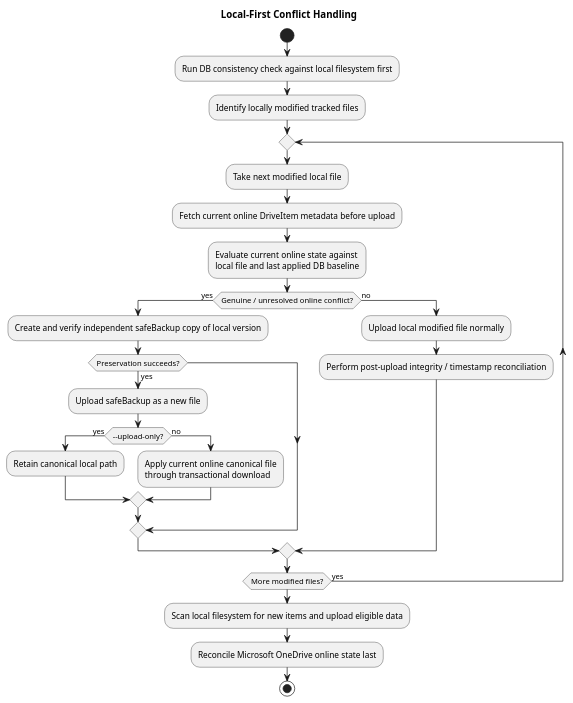
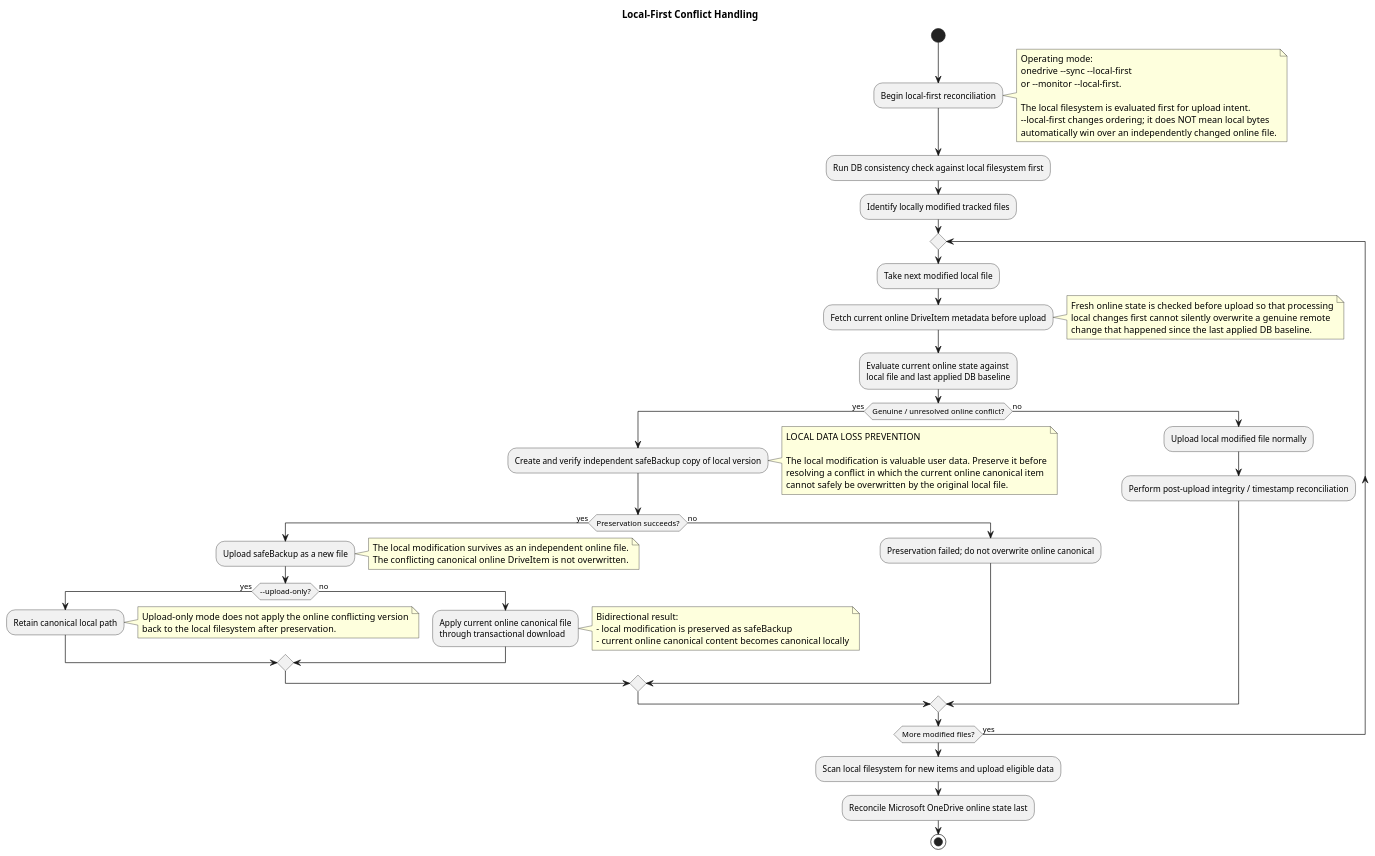
One commit to abraunegg/onedrive changed the diagram in docs/puml/conflict_handling_local-first_default.puml. Above: the diagram before and after it, drawn with PlantUML. The commit also changed 24 other files, not shown here.

```diff
--- a/docs/puml/conflict_handling_local-first_default.puml
+++ b/docs/puml/conflict_handling_local-first_default.puml
@@ -1,31 +1,69 @@
 @startuml
 title Local-First Conflict Handling
 start
+
+:Begin local-first reconciliation;
+note right
+  Operating mode:
+  onedrive ~--sync ~--local-first
+  or ~--monitor ~--local-first.
+
+  The local filesystem is evaluated first for upload intent.
+  ~--local-first changes ordering; it does NOT mean local bytes
+  automatically win over an independently changed online file.
+end note
 
 :Run DB consistency check against local filesystem first;
 :Identify locally modified tracked files;
 
 repeat
   :Take next modified local file;
   :Fetch current online DriveItem metadata before upload;
+  note right
+    Fresh online state is checked before upload so that processing
+    local changes first cannot silently overwrite a genuine remote
+    change that happened since the last applied DB baseline.
+  end note
   :Evaluate current online state against\nlocal file and last applied DB baseline;
   if (Genuine / unresolved online conflict?) then (yes)
     :Create and verify independent safeBackup copy of local version;
+    note right
+      LOCAL DATA LOSS PREVENTION
+
+      The local modification is valuable user data. Preserve it before
+      resolving a conflict in which the current online canonical item
+      cannot safely be overwritten by the original local file.
+    end note
     if (Preservation succeeds?) then (yes)
       :Upload safeBackup as a new file;
+      note right
+        The local modification survives as an independent online file.
+        The conflicting canonical online DriveItem is not overwritten.
+      end note
       if (~--upload-only?) then (yes)
         :Retain canonical local path;
+        note right
+          Upload-only mode does not apply the online conflicting version
+          back to the local filesystem after preservation.
+        end note
       else (no)
         :Apply current online canonical file\nthrough transactional download;
+        note right
+          Bidirectional result:
+          - local modification is preserved as safeBackup
+          - current online canonical content becomes canonical locally
+        end note
       endif
+    else (no)
+      :Preservation failed; do not overwrite online canonical;
     endif
   else (no)
     :Upload local modified file normally;
     :Perform post-upload integrity / timestamp reconciliation;
   endif
 repeat while (More modified files?) is (yes)
 
 :Scan local filesystem for new items and upload eligible data;
 :Reconcile Microsoft OneDrive online state last;
 stop
 @enduml
```
